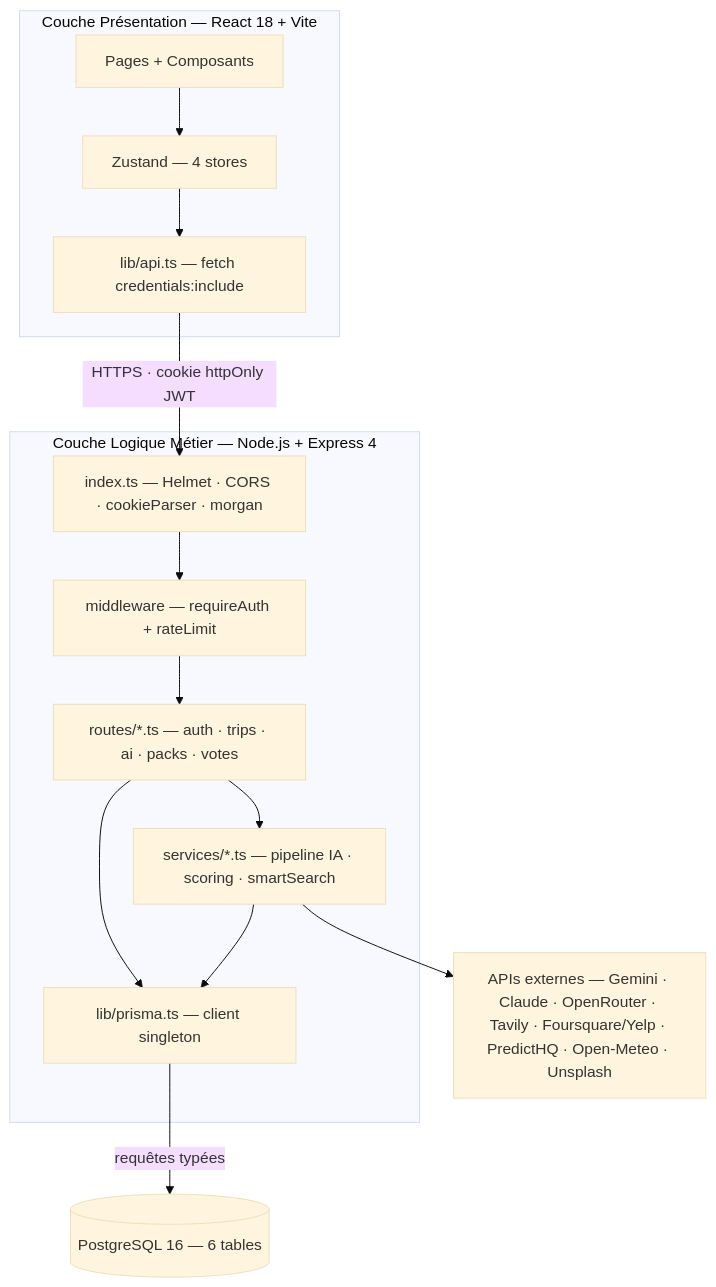
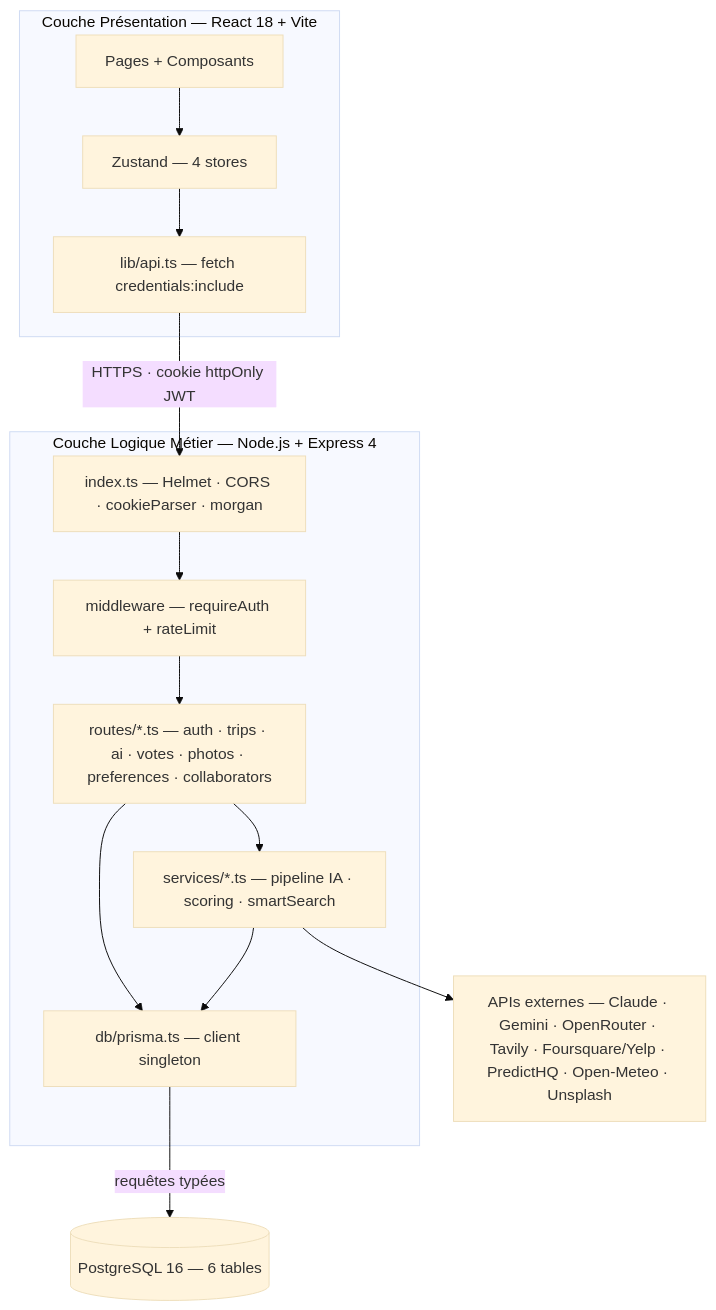
One commit to loties1533/tripgenie-app changed the diagram in docs/architecture/architecture.mmd. Above: the diagram before and after it, drawn with Mermaid (base theme). The commit also changed 12 other files, not shown here.

Commit message:
docs: aligner README + diagrammes sur le code de main

```diff
--- a/docs/architecture/architecture.mmd
+++ b/docs/architecture/architecture.mmd
@@ -1,24 +1,24 @@
 flowchart TB
     subgraph Client["Couche Présentation — React 18 + Vite"]
         UI["Pages + Composants"]
         Store["Zustand — 4 stores"]
         Api["lib/api.ts — fetch credentials:include"]
     end
     subgraph Server["Couche Logique Métier — Node.js + Express 4"]
         Idx["index.ts — Helmet · CORS · cookieParser · morgan"]
         MW["middleware — requireAuth + rateLimit"]
-        Routes["routes/*.ts — auth · trips · ai · packs · votes"]
+        Routes["routes/*.ts — auth · trips · ai · votes · photos · preferences · collaborators"]
         Svc["services/*.ts — pipeline IA · scoring · smartSearch"]
-        Prisma["lib/prisma.ts — client singleton"]
+        Prisma["db/prisma.ts — client singleton"]
     end
     DB[("PostgreSQL 16 — 6 tables")]
-    Ext["APIs externes — Gemini · Claude · OpenRouter · Tavily · Foursquare/Yelp · PredictHQ · Open-Meteo · Unsplash"]
+    Ext["APIs externes — Claude · Gemini · OpenRouter · Tavily · Foursquare/Yelp · PredictHQ · Open-Meteo · Unsplash"]
 
     UI --> Store --> Api
     Api -->|"HTTPS · cookie httpOnly JWT"| Idx
     Idx --> MW --> Routes
     Routes --> Svc
     Routes --> Prisma
     Svc --> Prisma
     Svc --> Ext
     Prisma -->|"requêtes typées"| DB
```
